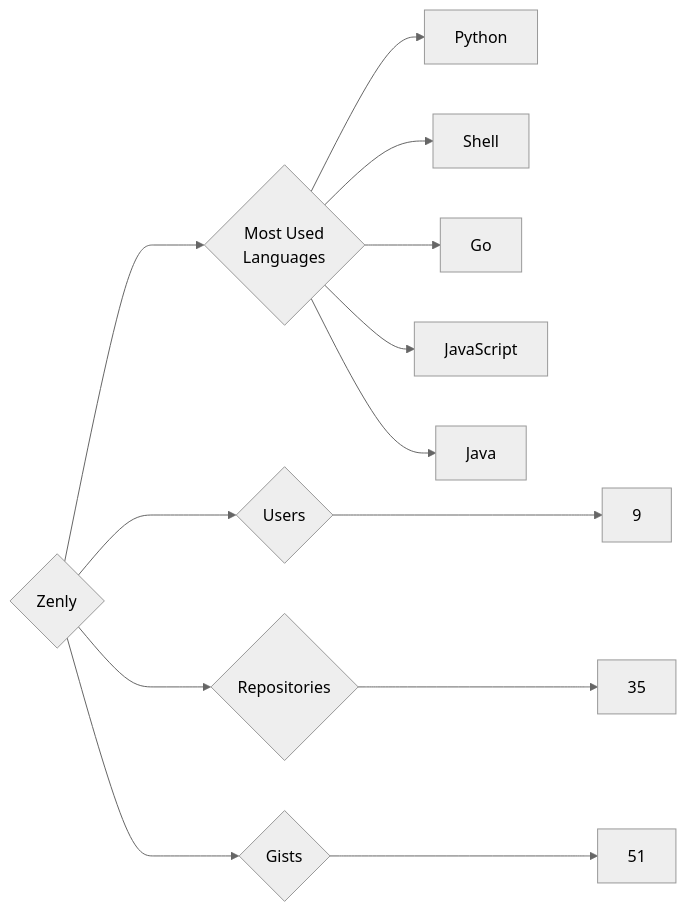
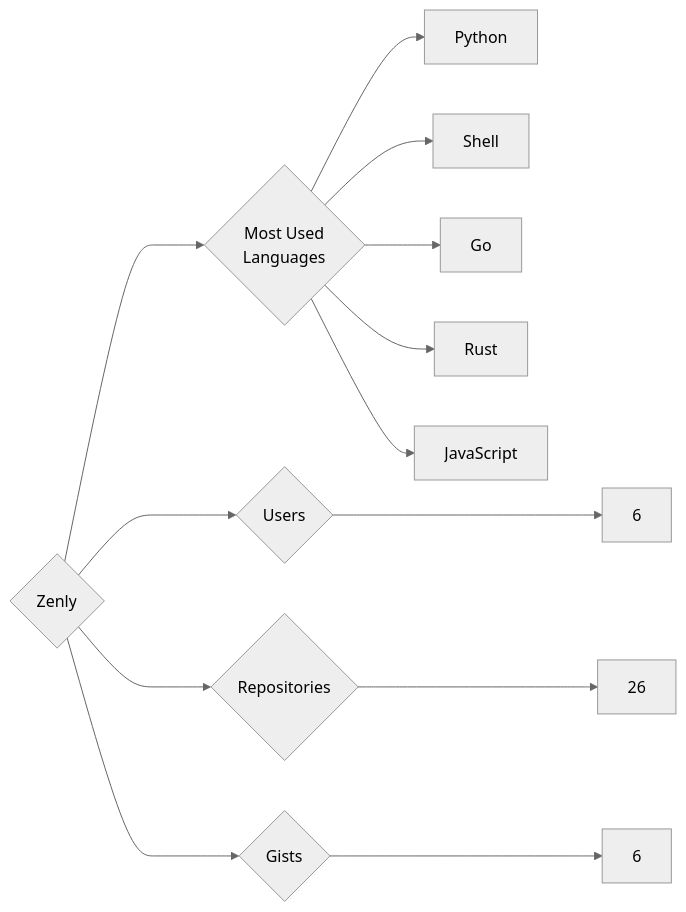
Before and after one commit to trickest/insiders: the diagram in targets/Zenly/README.md, drawn with Mermaid (neutral theme). The commit also changed 964 other files, not shown here.

````diff
--- a/targets/Zenly/README.md
+++ b/targets/Zenly/README.md
@@ -3,13 +3,13 @@
 ```mermaid
 graph LR
 COMPANY_NAME{Zenly}
-COMPANY_NAME ---> U{Users} ---> UN[9]
-COMPANY_NAME ---> R{Repositories} ---> RN[35]
-COMPANY_NAME ---> G{Gists} ---> GN[51]
+COMPANY_NAME ---> U{Users} ---> UN[6]
+COMPANY_NAME ---> R{Repositories} ---> RN[26]
+COMPANY_NAME ---> G{Gists} ---> GN[6]
 COMPANY_NAME ---> ML{Most Used<br>Languages}
 ML --> Python[Python]
 ML --> Shell[Shell]
 ML --> Go[Go]
+ML --> Rust[Rust]
 ML --> JavaScript[JavaScript]
-ML --> Java[Java]
 ```
````
